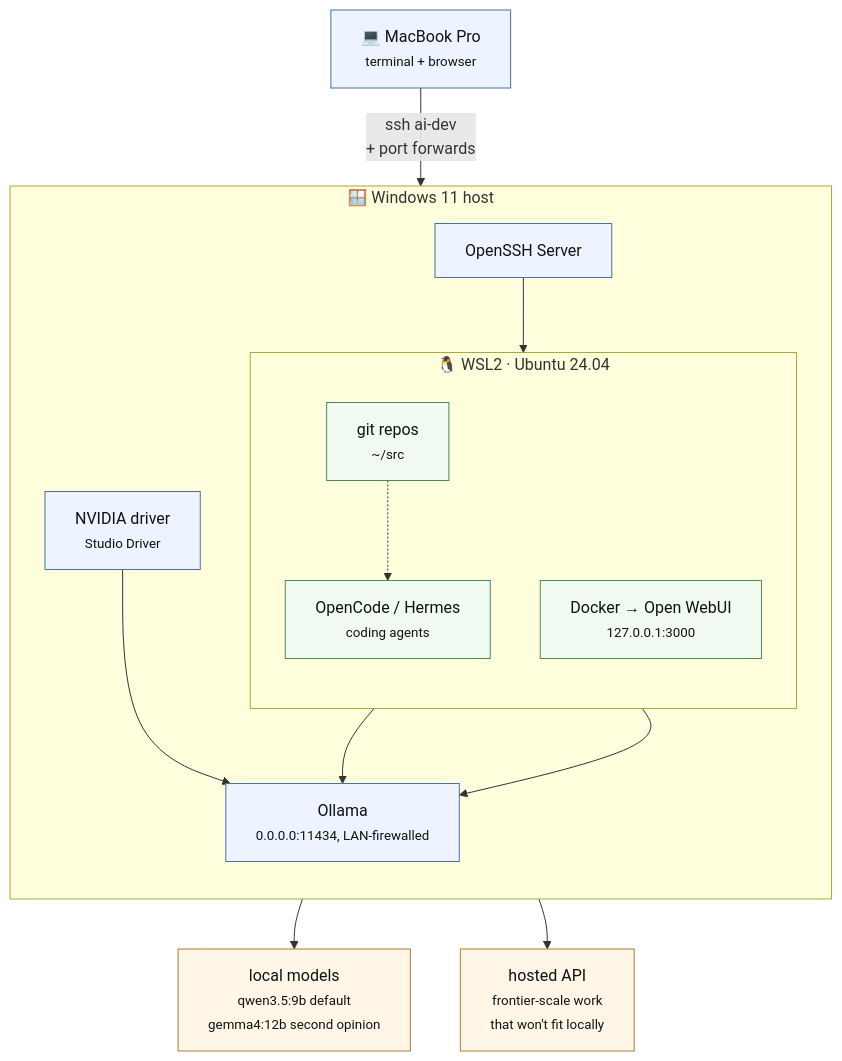
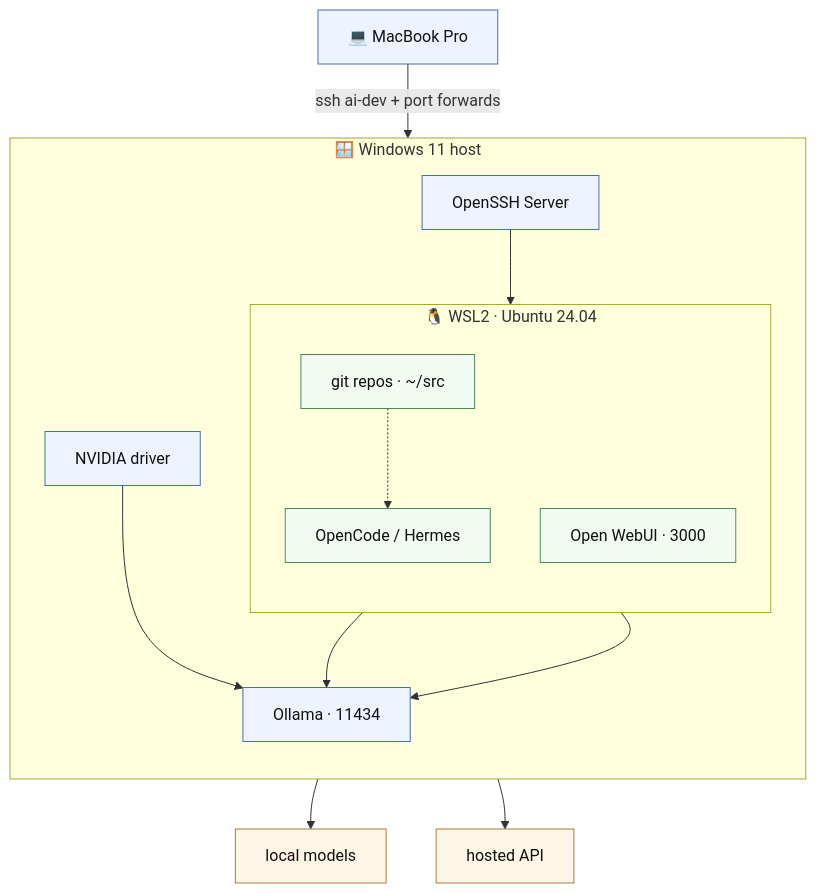
The diagram in README.md (beibeiyang/local-ai-workstation), drawn with Mermaid before and after one commit. The commit also changed 1 other file, not shown here.

Commit message:
fix diagram labels

````diff
--- a/README.md
+++ b/README.md
@@ -14,37 +14,37 @@
 ```mermaid
 flowchart TB
-    mac["💻 MacBook Pro<br/><small>terminal + browser</small>"]
+    mac["💻 MacBook Pro"]
 
     subgraph win["🪟 Windows 11 host"]
         direction TB
         sshd["OpenSSH Server"]
-        gpu["NVIDIA driver<br/><small>Studio Driver</small>"]
-        ollama["Ollama<br/><small>0.0.0.0:11434, LAN-firewalled</small>"]
+        gpu["NVIDIA driver"]
+        ollama["Ollama · 11434"]
 
         subgraph wsl["🐧 WSL2 · Ubuntu 24.04"]
             direction TB
-            agents["OpenCode / Hermes<br/><small>coding agents</small>"]
-            repos["git repos<br/><small>~/src</small>"]
-            webui["Docker → Open WebUI<br/><small>127.0.0.1:3000</small>"]
+            agents["OpenCode / Hermes"]
+            repos["git repos · ~/src"]
+            webui["Open WebUI · 3000"]
         end
     end
 
-    local["local models<br/><small>qwen3.5:9b default<br/>gemma4:12b second opinion</small>"]
-    cloud["hosted API<br/><small>frontier-scale work<br/>that won't fit locally</small>"]
+    local["local models"]
+    cloud["hosted API"]
 
-    mac -- "ssh ai-dev<br/>+ port forwards" --> sshd
+    mac -- "ssh ai-dev + port forwards" --> sshd
     sshd --> wsl
     gpu --> ollama
     agents --> ollama
     webui --> ollama
     repos -.-> agents
     ollama --> local
     ollama --> cloud
 
     classDef host fill:#eef4ff,stroke:#4a6fa5,color:#111
     classDef guest fill:#f2fbf2,stroke:#4a8a5a,color:#111
     classDef model fill:#fff6e8,stroke:#b07d34,color:#111
     class mac,sshd,gpu,ollama host
     class agents,repos,webui guest
     class local,cloud model
 ```
````
